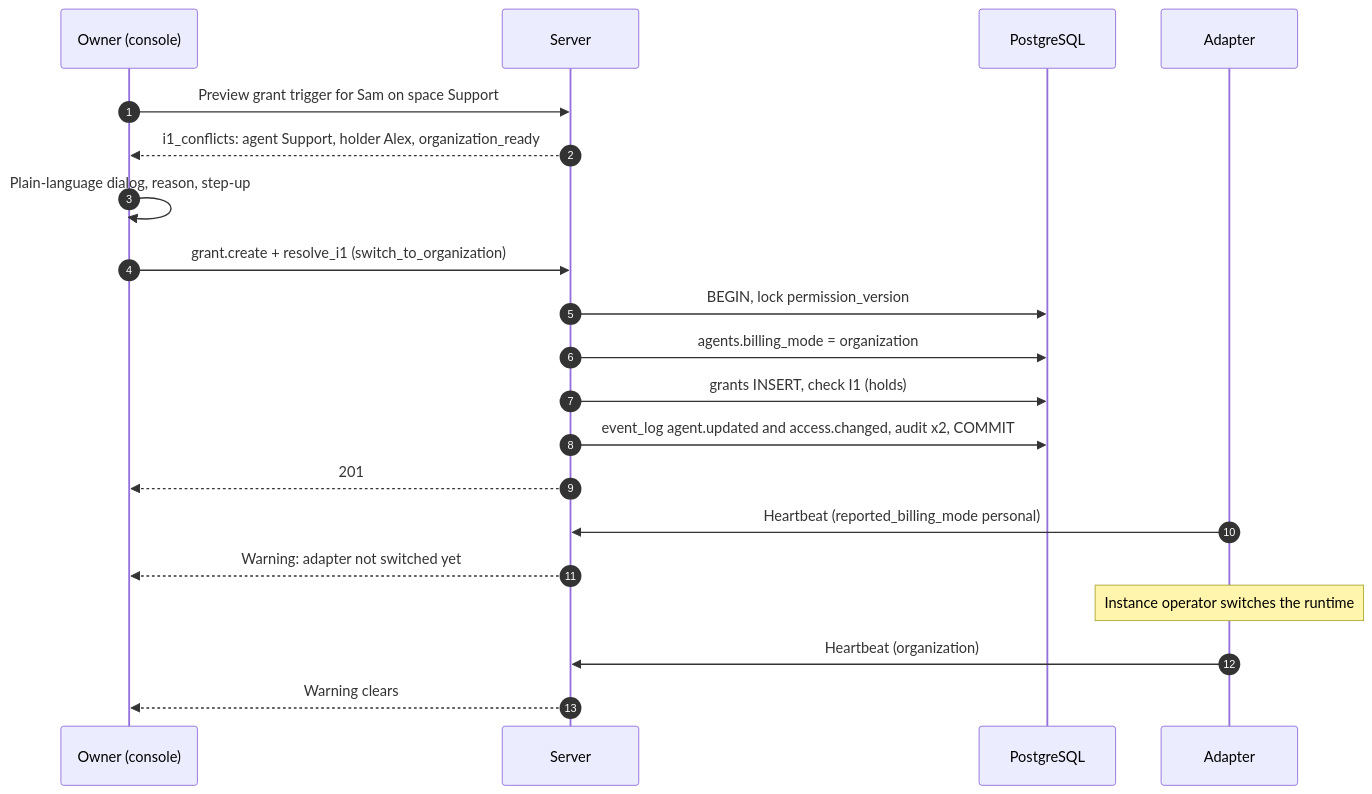
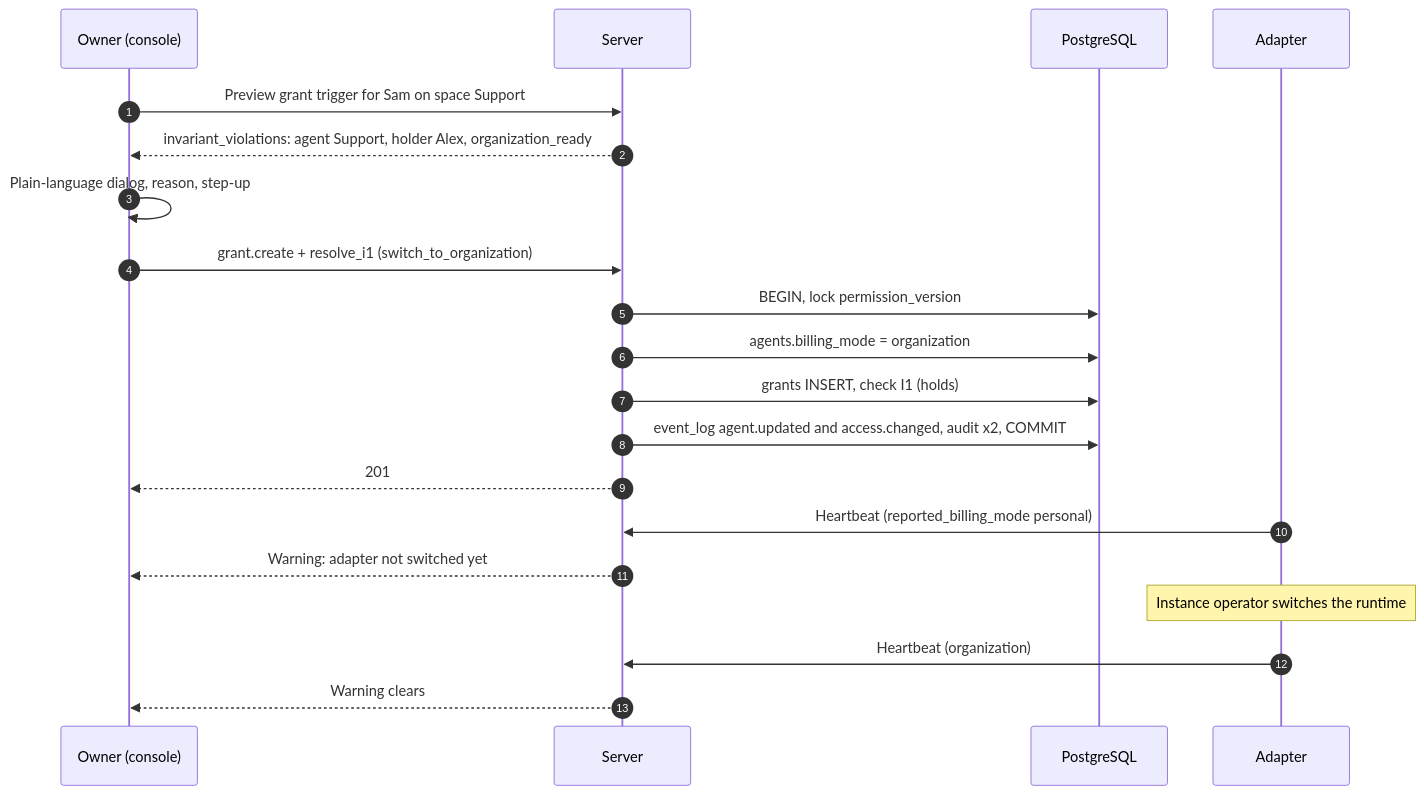
One commit to mguttmann/bothy changed the second of 2 diagrams in docs/spec/10-backend-policy.md. Above: the diagram before and after it, drawn with Mermaid. The commit also changed other lines of this file and 99 other files, not shown here.

First line of the commit message:
feat(authz): guided flow resolve_i1 and the shared switch of I4 (M2-21) (#243)

````diff
--- a/docs/spec/10-backend-policy.md
+++ b/docs/spec/10-backend-policy.md
@@ -433,22 +433,22 @@
 ```mermaid
 sequenceDiagram
     autonumber
     participant O as Owner (console)
     participant S as Server
     participant DB as PostgreSQL
     participant A as Adapter
     O->>S: Preview grant trigger for Sam on space Support
-    S-->>O: i1_conflicts: agent Support, holder Alex, organization_ready
+    S-->>O: invariant_violations: agent Support, holder Alex, organization_ready
     O->>O: Plain-language dialog, reason, step-up
     O->>S: grant.create + resolve_i1 (switch_to_organization)
     S->>DB: BEGIN, lock permission_version
     S->>DB: agents.billing_mode = organization
     S->>DB: grants INSERT, check I1 (holds)
     S->>DB: event_log agent.updated and access.changed, audit x2, COMMIT
     S-->>O: 201
     A->>S: Heartbeat (reported_billing_mode personal)
     S-->>O: Warning: adapter not switched yet
     Note over A: Instance operator switches the runtime
     A->>S: Heartbeat (organization)
     S-->>O: Warning clears
 ```
````
